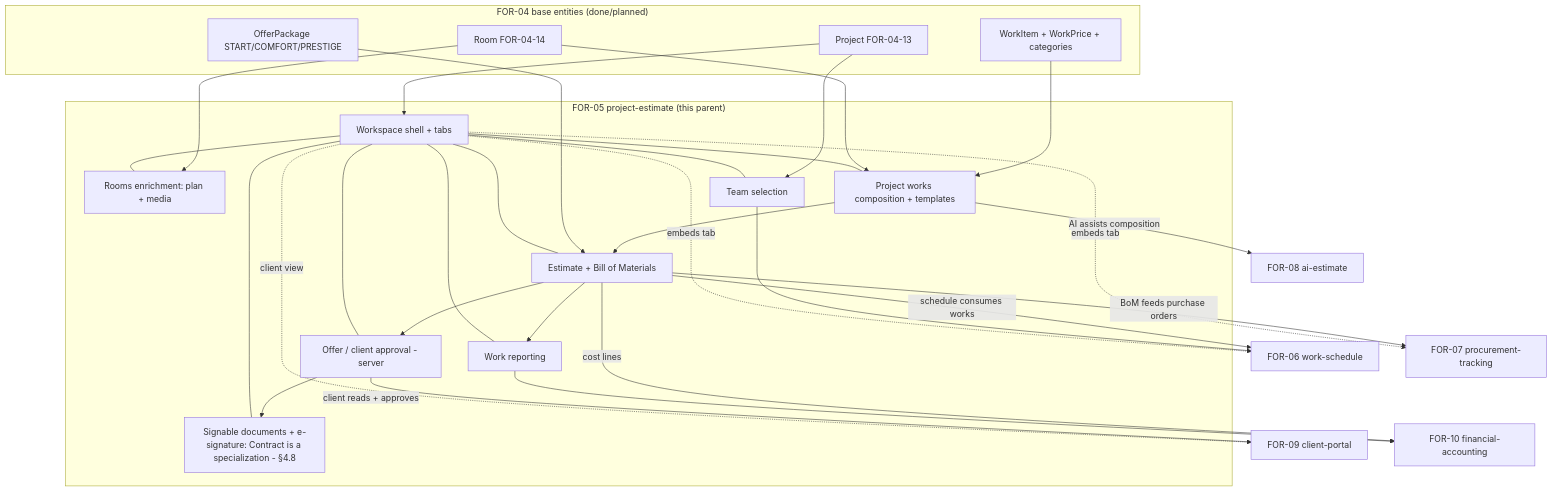
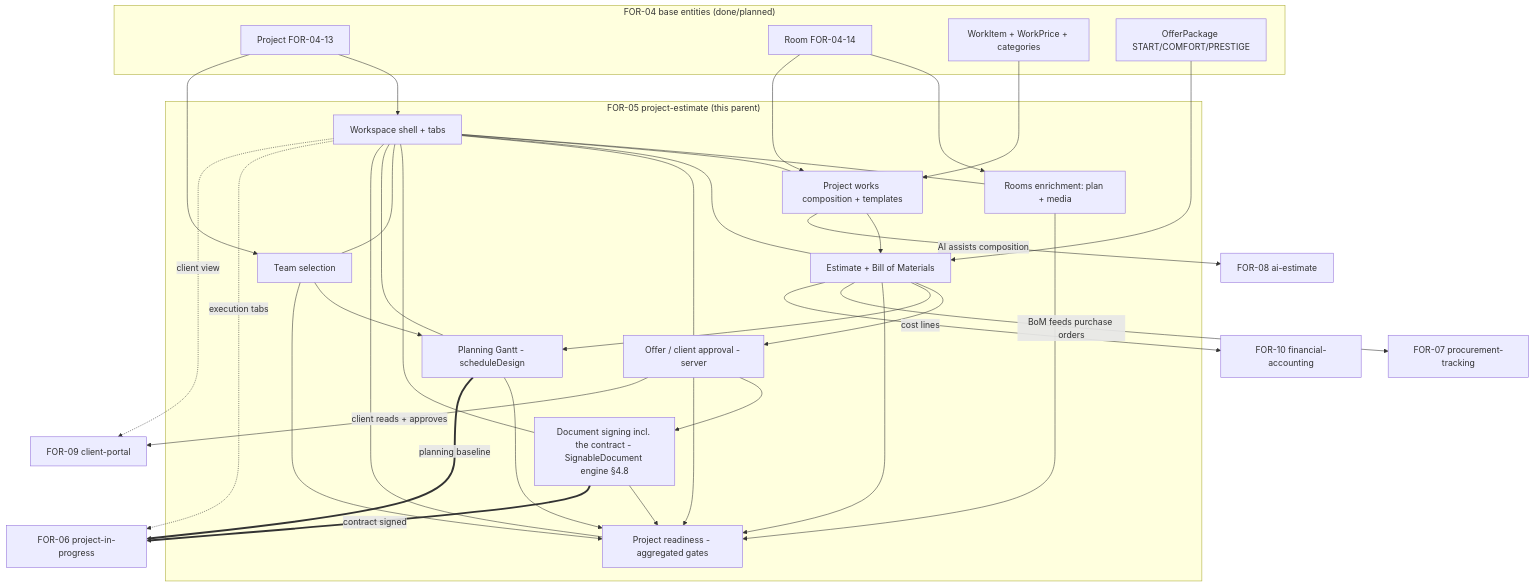
The first of 5 diagrams in .kiro/specs/FOR-05-project-estimate/design.md (ctoloaders/foremen), drawn with Mermaid before and after one commit. The commit also changed other lines of this file and 35 other files, not shown here.

First line of the commit message:
feat(FOR-05-11): aggregated project readiness (backend + spec)

````diff
--- a/.kiro/specs/FOR-05-project-estimate/design.md
+++ b/.kiro/specs/FOR-05-project-estimate/design.md
@@ -244,51 +243,58 @@
 ```mermaid
 graph TD
     subgraph FOR04["FOR-04 base entities (done/planned)"]
       P[Project FOR-04-13]
       R[Room FOR-04-14]
       WC[WorkItem + WorkPrice + categories]
       PK[OfferPackage START/COMFORT/PRESTIGE]
     end
 
     subgraph FOR05["FOR-05 project-estimate (this parent)"]
       WS[Workspace shell + tabs]
       RM[Rooms enrichment: plan + media]
       WK[Project works composition + templates]
       EST[Estimate + Bill of Materials]
       APR[Offer / client approval - server]
-      SIG[Signable documents + e-signature: Contract is a specialization - §4.8]
+      SIG[Document signing incl. the contract - SignableDocument engine §4.8]
       TEAM[Team selection]
-      REP[Work reporting]
+      GANTT[Planning Gantt - scheduleDesign]
+      READY[Project readiness - aggregated gates]
     end
 
     P --> WS
     R --> RM
     WC --> WK
     WK --> EST
     PK --> EST
     R --> WK
     EST --> APR
     APR --> SIG
     P --> TEAM
-    EST --> REP
+    EST --> GANTT
+    TEAM --> GANTT
+    RM --> READY
+    EST --> READY
+    APR --> READY
+    SIG --> READY
+    TEAM --> READY
+    GANTT --> READY
 
     WS --- RM
     WS --- WK
     WS --- EST
     WS --- APR
     WS --- SIG
     WS --- TEAM
-    WS --- REP
+    WS --- GANTT
+    WS --- READY
 
-    EST -->|schedule consumes works| F06[FOR-06 work-schedule]
+    SIG ==>|contract signed| F06[FOR-06 project-in-progress]
+    GANTT ==>|planning baseline| F06
     EST -->|BoM feeds purchase orders| F07[FOR-07 procurement-tracking]
     WK  -->|AI assists composition| F08[FOR-08 ai-estimate]
     APR -->|client reads + approves| F09[FOR-09 client-portal]
     EST -->|cost lines| F10[FOR-10 financial-accounting]
-    TEAM --> F06
-    REP  --> F10
 
-    WS -.embeds tab.-> F06
-    WS -.embeds tab.-> F07
+    WS -.execution tabs.-> F06
     WS -.client view.-> F09
 ```
````
